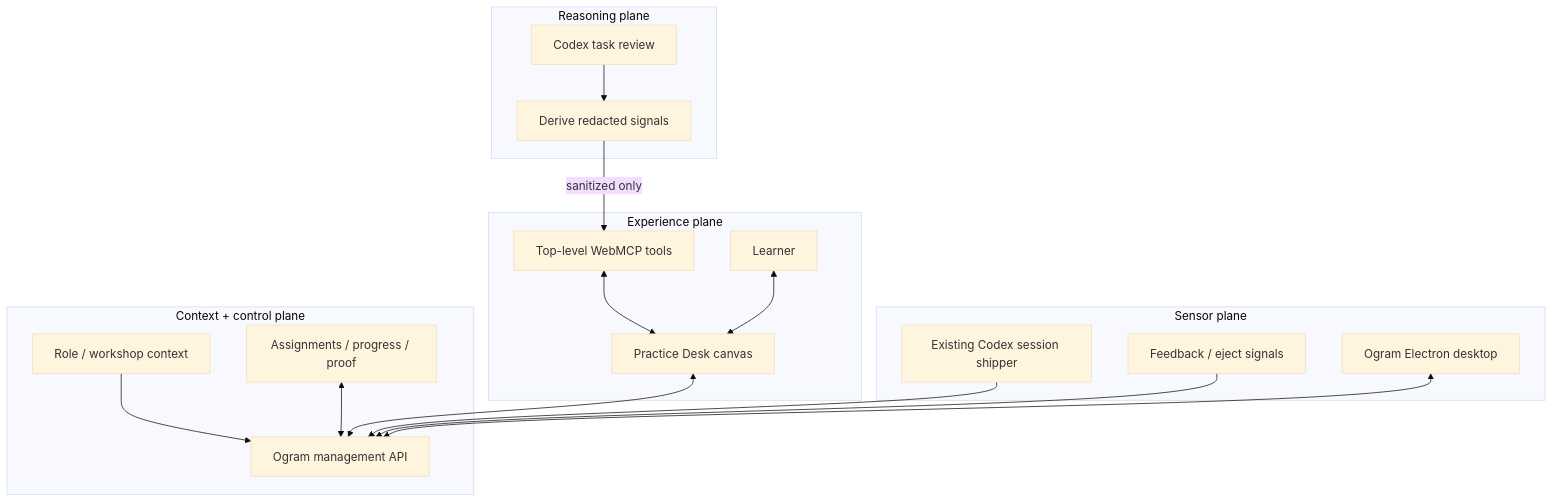
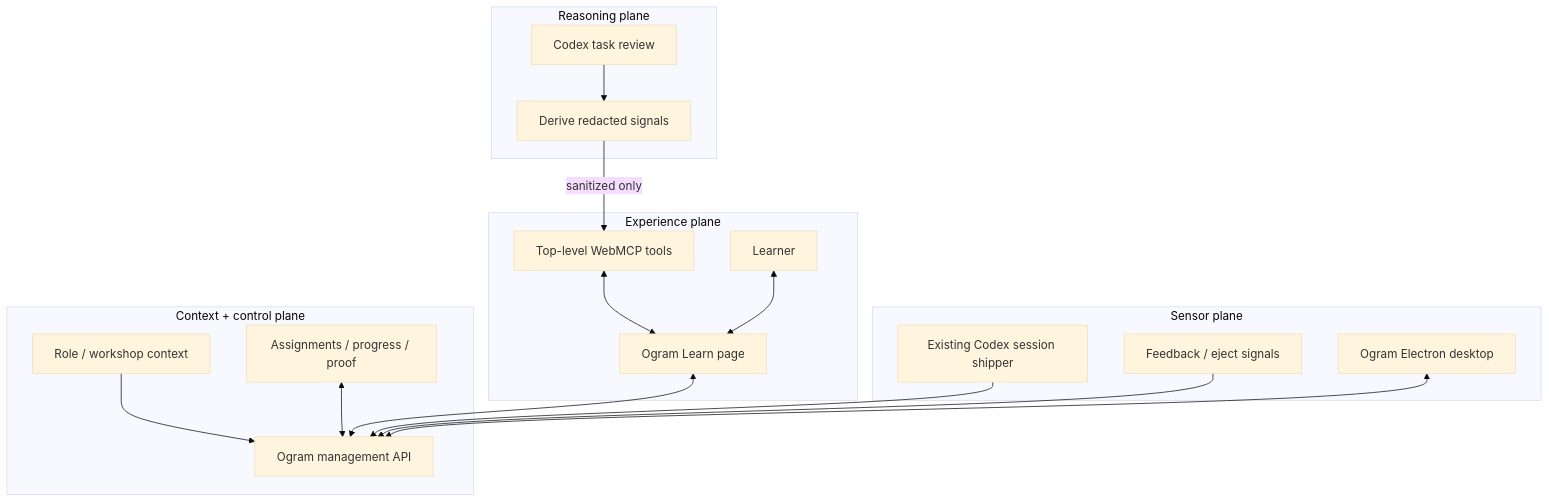
The diagram in docs/architecture.md (self-tech-labs/agentic-textbook), drawn with Mermaid (base theme) before and after one commit. The commit also changed other lines of this file and 22 other files, not shown here.

Commit message:
feat: turn Ogram Learn into guided WebMCP lessons

````diff
--- a/docs/architecture.md
+++ b/docs/architecture.md
@@ -22,36 +24,36 @@
 ```mermaid
 flowchart TB
   subgraph R[Reasoning plane]
     Codex[Codex task review]
     Derive[Derive redacted signals]
     Codex --> Derive
   end
 
   subgraph X[Experience plane]
-    Page[Practice Desk canvas]
+    Page[Ogram Learn page]
     Tools[Top-level WebMCP tools]
     Human[Learner]
     Tools <--> Page
     Human <--> Page
   end
 
   subgraph C[Context + control plane]
     API[Ogram management API]
     Profile[Role / workshop context]
     Journey[Assignments / progress / proof]
     Profile --> API
     Journey <--> API
   end
 
   subgraph S[Sensor plane]
     Shipper[Existing Codex session shipper]
     Desktop[Ogram Electron desktop]
     Feedback[Feedback / eject signals]
   end
 
   Derive -->|sanitized only| Tools
   Page <--> API
   Shipper --> API
   Feedback --> API
   Desktop <--> API
 ```
````
